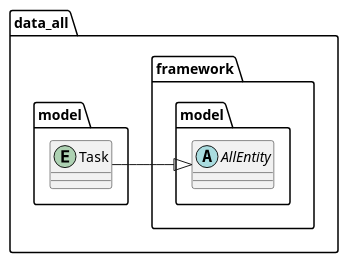
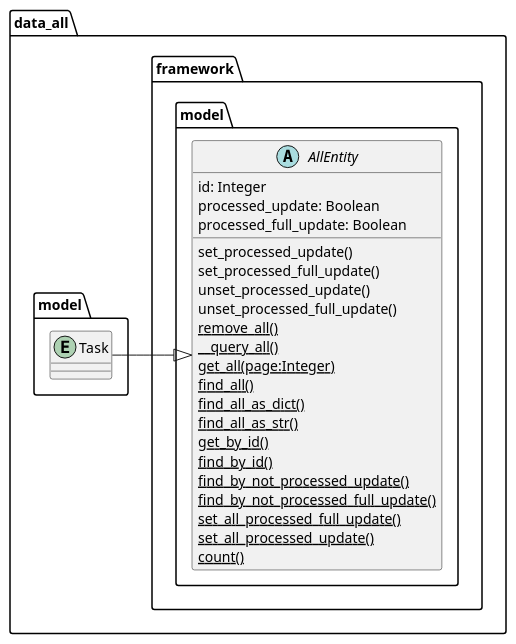
Before and after one commit to thomaswoehlke/flask_covid19: the diagram in docs/uml/project/data_all/model_impl.puml, drawn with PlantUML. The commit also changed 1 other file, not shown here.

```diff
--- a/docs/uml/project/data_all/model_impl.puml
+++ b/docs/uml/project/data_all/model_impl.puml
@@ -1,39 +1,61 @@
 @startuml
 'https://plantuml.com/class-diagram
 
 'abstract class AbstractList
 'abstract AbstractCollection
 'interface List
 'interface Collection
 
 'List <|-- AbstractList
 'Collection <|-- AbstractCollection
 
 'Collection <|- List
 'AbstractCollection <|- AbstractList
 'AbstractList <|-- ArrayList
 
 'class ArrayList {
 'Object[] elementData
 'size()
 '}
 
 'enum TimeUnit {
 'DAYS
 'HOURS
 'MINUTES
 '}
 
 package data_all.framework.model {
 
-    abstract class AllEntity {}
+    abstract class AllEntity {
+        id: Integer
+        processed_update: Boolean
+        processed_full_update: Boolean
+
+        set_processed_update()
+        set_processed_full_update()
+        unset_processed_update()
+        unset_processed_full_update()
+        {classifier} remove_all()
+        {classifier} __query_all()
+        {classifier} get_all(page:Integer)
+        {classifier} find_all()
+        {classifier} find_all_as_dict()
+        {classifier} find_all_as_str()
+        {classifier} get_by_id()
+        {classifier} find_by_id()
+        {classifier} find_by_not_processed_update()
+        {classifier} find_by_not_processed_full_update()
+        {classifier} set_all_processed_full_update()
+        {classifier} set_all_processed_update()
+        {classifier} count()
+    }
 }
 
 package data_all.model {
 
     entity Task {}
 
     AllEntity <|- Task
 }
 
 @enduml
```
